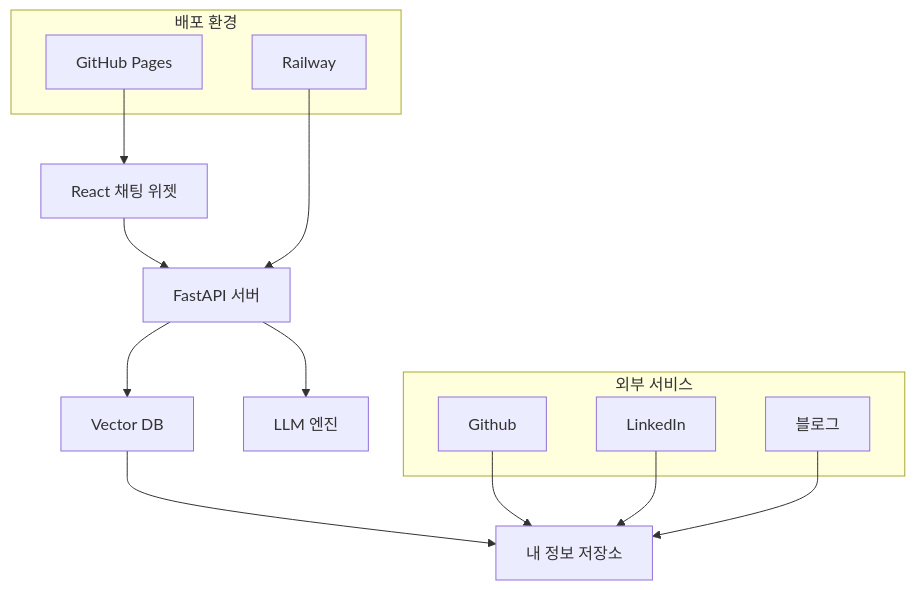
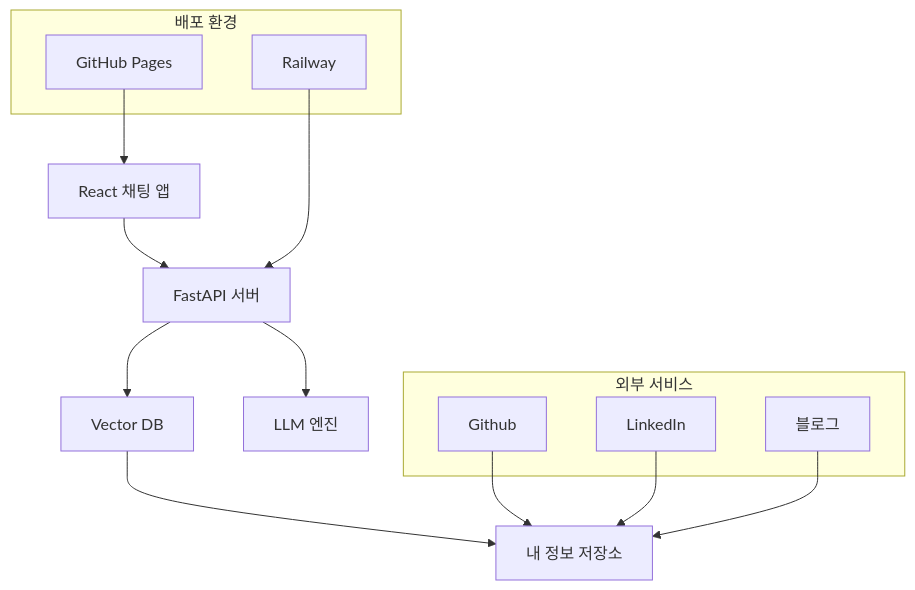
Before and after one commit to watanka/AbotMe: the first of 5 diagrams in docs/design.md, drawn with Mermaid. The commit also changed 8 other files, not shown here.

````diff
--- a/docs/design.md
+++ b/docs/design.md
@@ -4,25 +4,25 @@
 ```mermaid
 graph TD
-    A[React 채팅 위젯] --> B[FastAPI 서버]
+    A[React 채팅 앱] --> B[FastAPI 서버]
     B --> C[LLM 엔진]
     B --> D[Vector DB]
     D --> E[내 정보 저장소]
     
     subgraph 외부 서비스
         F[Github]
         G[LinkedIn]
         H[블로그]
     end
     
     F --> E
     G --> E
     H --> E
     
     subgraph 배포 환경
         I[GitHub Pages]
         J[Railway]
     end
     
     I --> A
     J --> B
 ```
````
